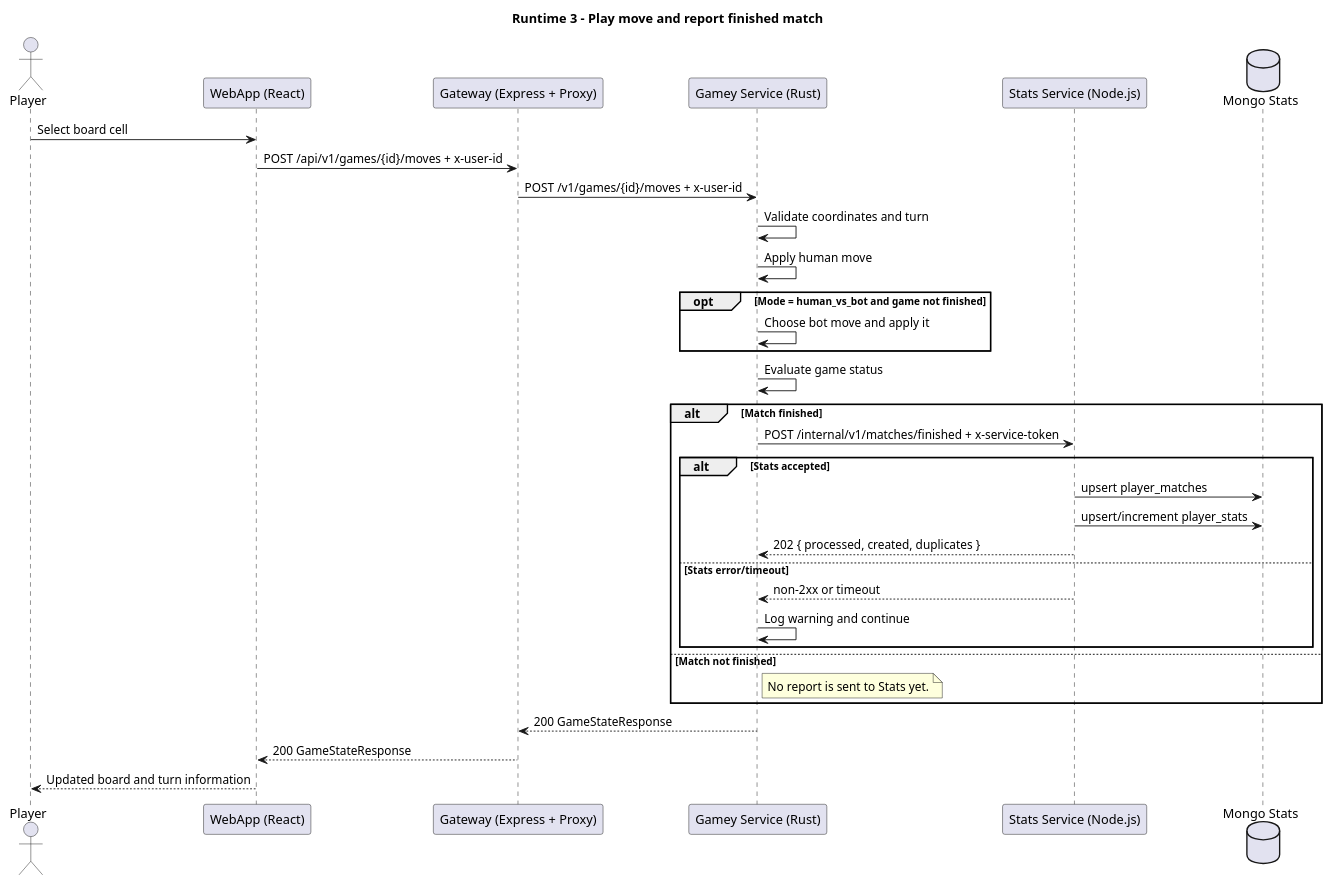
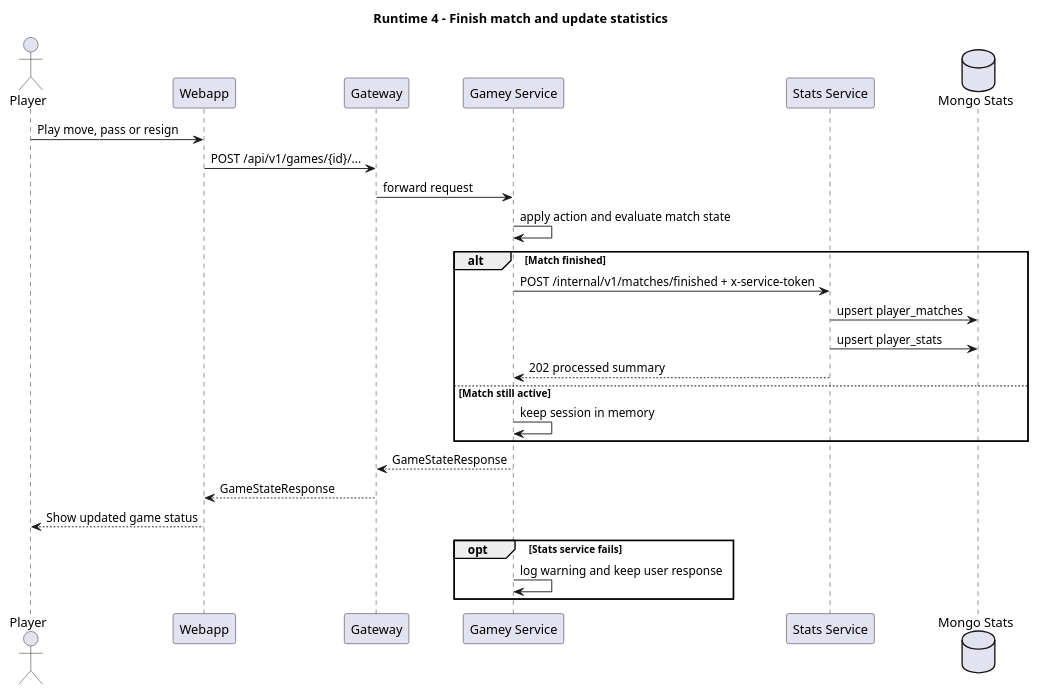
One commit to Arquisoft/yovi_es4b changed the fourth of 5 diagrams in docs/src/06_runtime_view.adoc. Above: the diagram before and after it, drawn with PlantUML. The commit also changed other lines of this file and 2 other files, not shown here.

```diff
--- a/docs/src/06_runtime_view.adoc
+++ b/docs/src/06_runtime_view.adoc
@@ -153,45 +194,35 @@
-[plantuml,"runtime-play-move-and-stats",png]
+[plantuml,"06_runtime_finish_and_stats",png]
 ----
 @startuml
-title Runtime 3 - Play move and report finished match
+title Runtime 4 - Finish match and update statistics
 
 actor Player
-participant "WebApp (React)" as WebApp
-participant "Gateway (Express + Proxy)" as Gateway
-participant "Gamey Service (Rust)" as Gamey
-participant "Stats Service (Node.js)" as Stats
+participant "Webapp" as Webapp
+participant "Gateway" as Gateway
+participant "Gamey Service" as Gamey
+participant "Stats Service" as Stats
 database "Mongo Stats" as MongoStats
 
-Player -> WebApp: Select board cell
-WebApp -> Gateway: POST /api/v1/games/{id}/moves + x-user-id
-Gateway -> Gamey: POST /v1/games/{id}/moves + x-user-id
-Gamey -> Gamey: Validate coordinates and turn
-Gamey -> Gamey: Apply human move
-
-opt Mode = human_vs_bot and game not finished
-  Gamey -> Gamey: Choose bot move and apply it
-end
-
-Gamey -> Gamey: Evaluate game status
+Player -> Webapp: Play move, pass or resign
+Webapp -> Gateway: POST /api/v1/games/{id}/...
+Gateway -> Gamey: forward request
+Gamey -> Gamey: apply action and evaluate match state
 
 alt Match finished
   Gamey -> Stats: POST /internal/v1/matches/finished + x-service-token
-  alt Stats accepted
-    Stats -> MongoStats: upsert player_matches
-    Stats -> MongoStats: upsert/increment player_stats
-    Stats --> Gamey: 202 { processed, created, duplicates }
-  else Stats error/timeout
-    Stats --> Gamey: non-2xx or timeout
-    Gamey -> Gamey: Log warning and continue
-  end
-else Match not finished
-  note right of Gamey
-  No report is sent to Stats yet.
-  end note
+  Stats -> MongoStats: upsert player_matches
+  Stats -> MongoStats: upsert player_stats
+  Stats --> Gamey: 202 processed summary
+else Match still active
+  Gamey -> Gamey: keep session in memory
 end
 
-Gamey --> Gateway: 200 GameStateResponse
-Gateway --> WebApp: 200 GameStateResponse
-WebApp --> Player: Updated board and turn information
+Gamey --> Gateway: GameStateResponse
+Gateway --> Webapp: GameStateResponse
+Webapp --> Player: Show updated game status
+
+opt Stats service fails
+  Gamey -> Gamey: log warning and keep user response
+end
 @enduml
 ----
```
